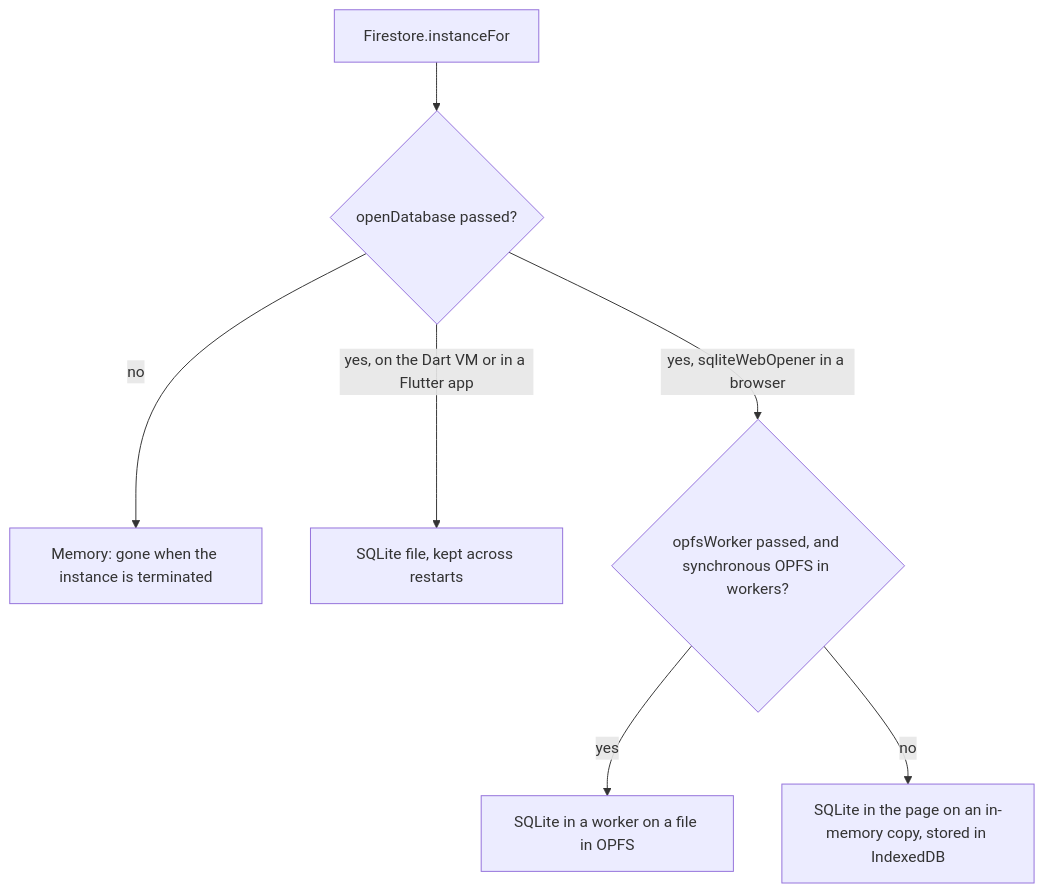
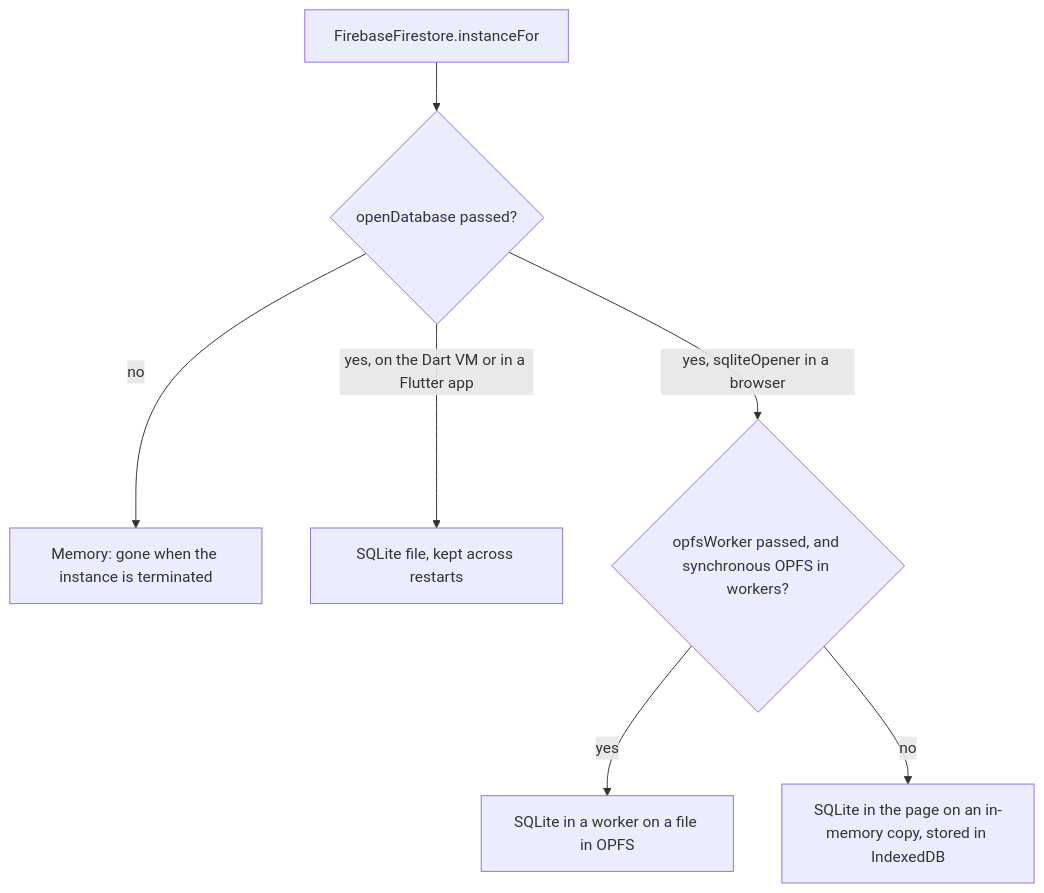
One commit to long1eu/firebase_dart_sdk changed the first of 2 diagrams in docs/guides/offline_persistence.md. Above: the diagram before and after it, drawn with Mermaid. The commit also changed other lines of this file and 542 other files, not shown here.

````diff
--- a/docs/guides/offline_persistence.md
+++ b/docs/guides/offline_persistence.md
@@ -15,9 +15,9 @@
 ```mermaid
 flowchart TD
-    start["Firestore.instanceFor"] --> hasOpener{"openDatabase passed?"}
+    start["FirebaseFirestore.instanceFor"] --> hasOpener{"openDatabase passed?"}
     hasOpener -->|no| memory["Memory: gone when the instance is terminated"]
     hasOpener -->|"yes, on the Dart VM or in a Flutter app"| sqliteFile["SQLite file, kept across restarts"]
-    hasOpener -->|"yes, sqliteWebOpener in a browser"| hasWorker{"opfsWorker passed, and synchronous OPFS in workers?"}
+    hasOpener -->|"yes, sqliteOpener in a browser"| hasWorker{"opfsWorker passed, and synchronous OPFS in workers?"}
     hasWorker -->|yes| opfs["SQLite in a worker on a file in OPFS"]
     hasWorker -->|no| indexedDb["SQLite in the page on an in-memory copy, stored in IndexedDB"]
 ```
````
